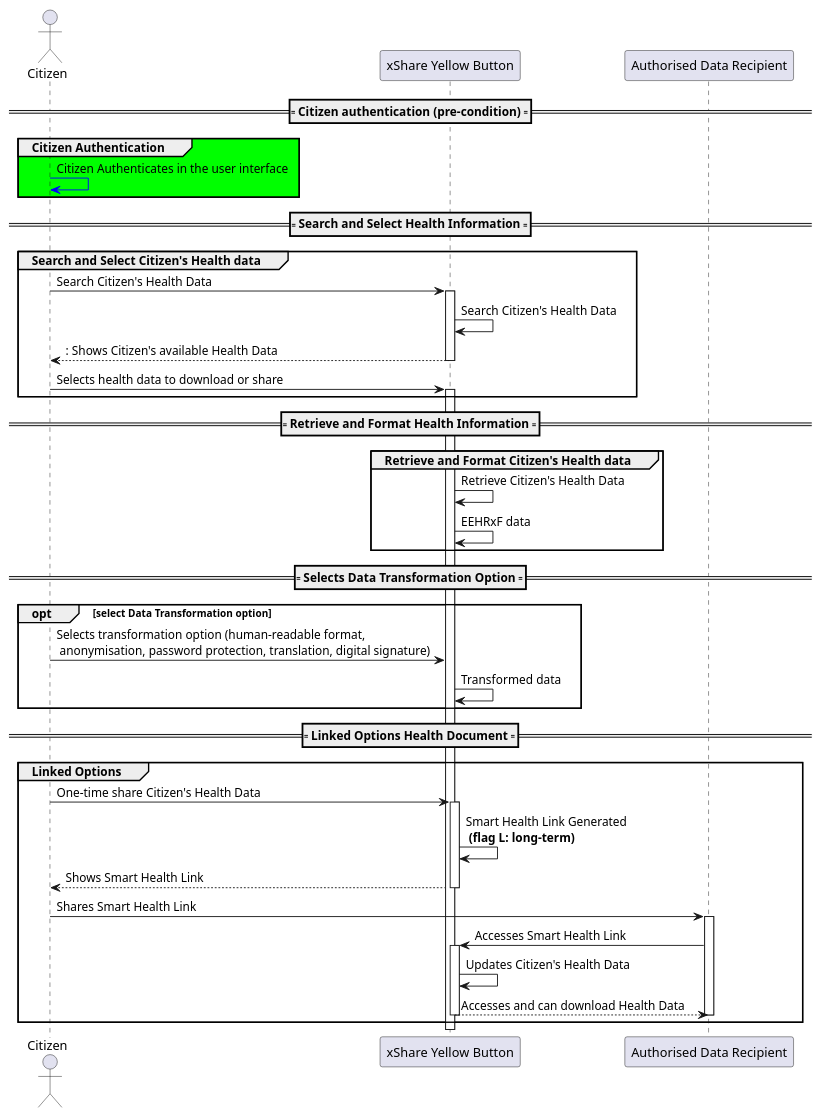
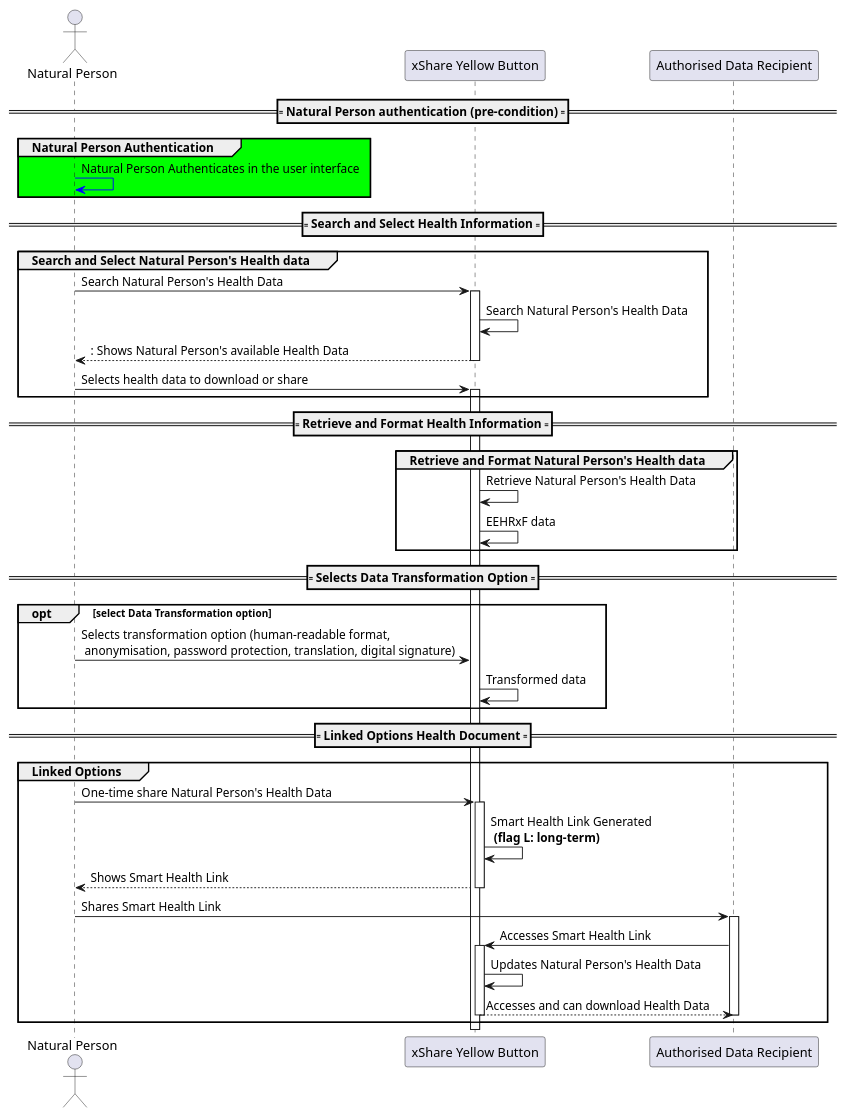
One commit to hl7-eu/xShare changed the diagram in input/images-source/seq-linked-option.plantuml. Above: the diagram before and after it, drawn with PlantUML. The commit also changed 17 other files, not shown here.

```diff
--- a/input/images-source/seq-linked-option.plantuml
+++ b/input/images-source/seq-linked-option.plantuml
@@ -1,49 +1,49 @@
 @startuml
-actor Citizen
+actor "Natural Person" as NatPerson
 participant "xShare Yellow Button" as xShare
 participant "Authorised Data Recipient" as Recipient
 
-==== Citizen authentication (pre-condition) ====
-group #00FF00 Citizen Authentication
-Citizen -[#blue]> Citizen: Citizen Authenticates in the user interface
+==== Natural Person authentication (pre-condition) ====
+group #00FF00 Natural Person Authentication
+NatPerson -[#blue]> NatPerson: Natural Person Authenticates in the user interface
 end group
 
 ==== Search and Select Health Information ====
-group Search and Select Citizen's Health data
-Citizen -> xShare: Search Citizen's Health Data
+group Search and Select Natural Person's Health data
+NatPerson -> xShare: Search Natural Person's Health Data
 activate xShare
-xShare -> xShare: Search Citizen's Health Data
-return: Shows Citizen's available Health Data
-Citizen -> xShare: Selects health data to download or share
+xShare -> xShare: Search Natural Person's Health Data
+return: Shows Natural Person's available Health Data
+NatPerson -> xShare: Selects health data to download or share
 activate xShare
 end group
 
 ==== Retrieve and Format Health Information ====
-group Retrieve and Format Citizen's Health data
-xShare-> xShare: Retrieve Citizen's Health Data
+group Retrieve and Format Natural Person's Health data
+xShare-> xShare: Retrieve Natural Person's Health Data
 xShare-> xShare: EEHRxF data
 end group
 
 ==== Selects Data Transformation Option ====
 opt select Data Transformation option
-Citizen -> xShare: Selects transformation option (human-readable format, \n anonymisation, password protection, translation, digital signature)
+NatPerson -> xShare: Selects transformation option (human-readable format, \n anonymisation, password protection, translation, digital signature)
 xShare -> xShare: Transformed data
 end opt
 
 ==== Linked Options Health Document ====
 
 group Linked Options
-Citizen -> xShare: One-time share Citizen's Health Data
+NatPerson -> xShare: One-time share Natural Person's Health Data
 activate xShare
 xShare -> xShare: Smart Health Link Generated\n **(flag L: long-term)**
 return Shows Smart Health Link
-Citizen -> Recipient: Shares Smart Health Link
+NatPerson -> Recipient: Shares Smart Health Link
 activate Recipient
 Recipient-> xShare: Accesses Smart Health Link
 activate xShare
-xShare -> xShare: Updates Citizen's Health Data
+xShare -> xShare: Updates Natural Person's Health Data
 return Accesses and can download Health Data
 deactivate Recipient
 end group
 
 @enduml
```
